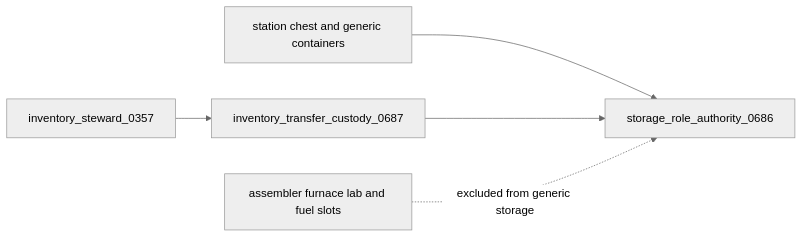
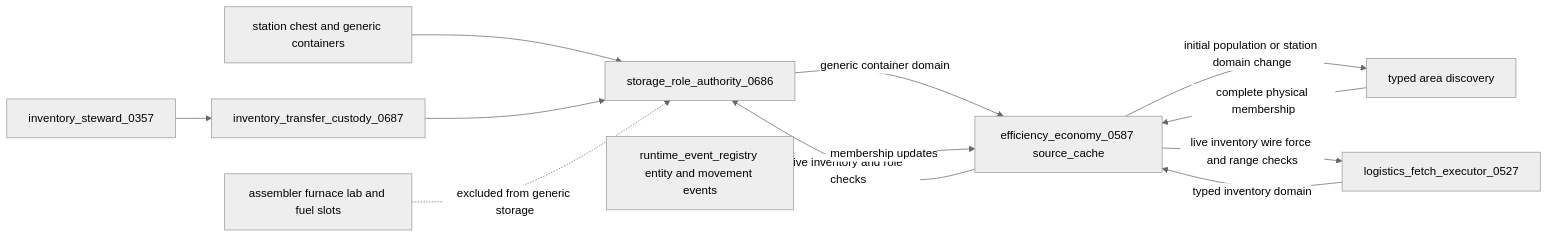
Before and after one commit to mrcalzon02/Tech-Priests: diagram 12 of 22 in docs/RECOVERY_AUTHORITY_MAP_CURRENT.md, drawn with Mermaid (neutral theme). The commit also changed other lines of this file and 22 other files, not shown here.

First line of the commit message:
fix: retain inventory source lists and stop dispatch-triggered world rescans

````diff
--- a/docs/RECOVERY_AUTHORITY_MAP_CURRENT.md
+++ b/docs/RECOVERY_AUTHORITY_MAP_CURRENT.md
@@ -236,7 +243,14 @@
 ```mermaid
 flowchart LR
     Containers[station chest and generic containers] --> Storage[storage_role_authority_0686]
+    Storage -->|generic container domain| Sources[efficiency_economy_0587 source_cache]
+    Fetch[logistics_fetch_executor_0527] -->|typed inventory domain| Sources
+    Sources -->|initial population or station domain change| Discovery[typed area discovery]
+    Discovery -->|complete physical membership| Sources
+    Sources -->|live inventory and role checks| Storage
+    Sources -->|live inventory wire force and range checks| Fetch
+    Events[runtime_event_registry entity and movement events] -->|membership updates| Sources
     PriestCargo[inventory_steward_0357] --> TransferCustody[inventory_transfer_custody_0687]
     TransferCustody --> Storage
     MachineSlots[assembler furnace lab and fuel slots] -. excluded from generic storage .-> Storage
 ```
````
